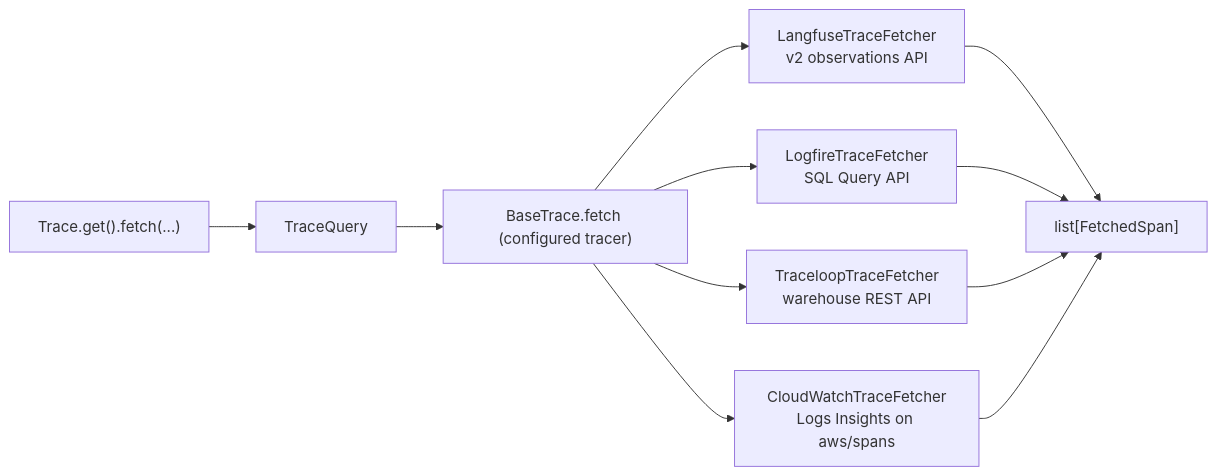
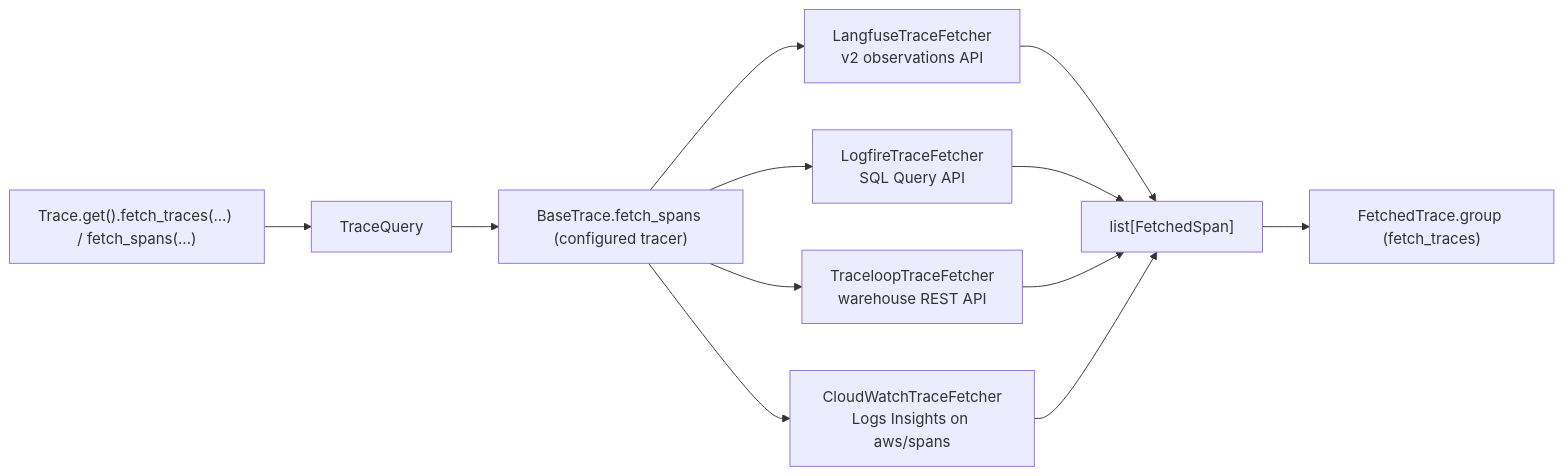
Before and after one commit to yaalalabs/agent-kernel: the diagram in docs/specs/803-prod-eval/design.md, drawn with Mermaid. The commit also changed other lines of this file and 2 other files, not shown here.

````diff
--- a/docs/specs/803-prod-eval/design.md
+++ b/docs/specs/803-prod-eval/design.md
@@ -157,10 +197,11 @@
 ```mermaid
 graph LR
-    U["Trace.get().fetch(...)"] --> Q[TraceQuery]
-    Q --> B["BaseTrace.fetch (configured tracer)"]
+    U["Trace.get().fetch_traces(...) / fetch_spans(...)"] --> Q[TraceQuery]
+    Q --> B["BaseTrace.fetch_spans (configured tracer)"]
     B --> L["LangfuseTraceFetcher<br/>v2 observations API"]
     B --> F["LogfireTraceFetcher<br/>SQL Query API"]
     B --> T["TraceloopTraceFetcher<br/>warehouse REST API"]
     B --> C["CloudWatchTraceFetcher<br/>Logs Insights on aws/spans"]
     L & F & T & C --> R["list[FetchedSpan]"]
+    R --> G["FetchedTrace.group (fetch_traces)"]
 ```
````
